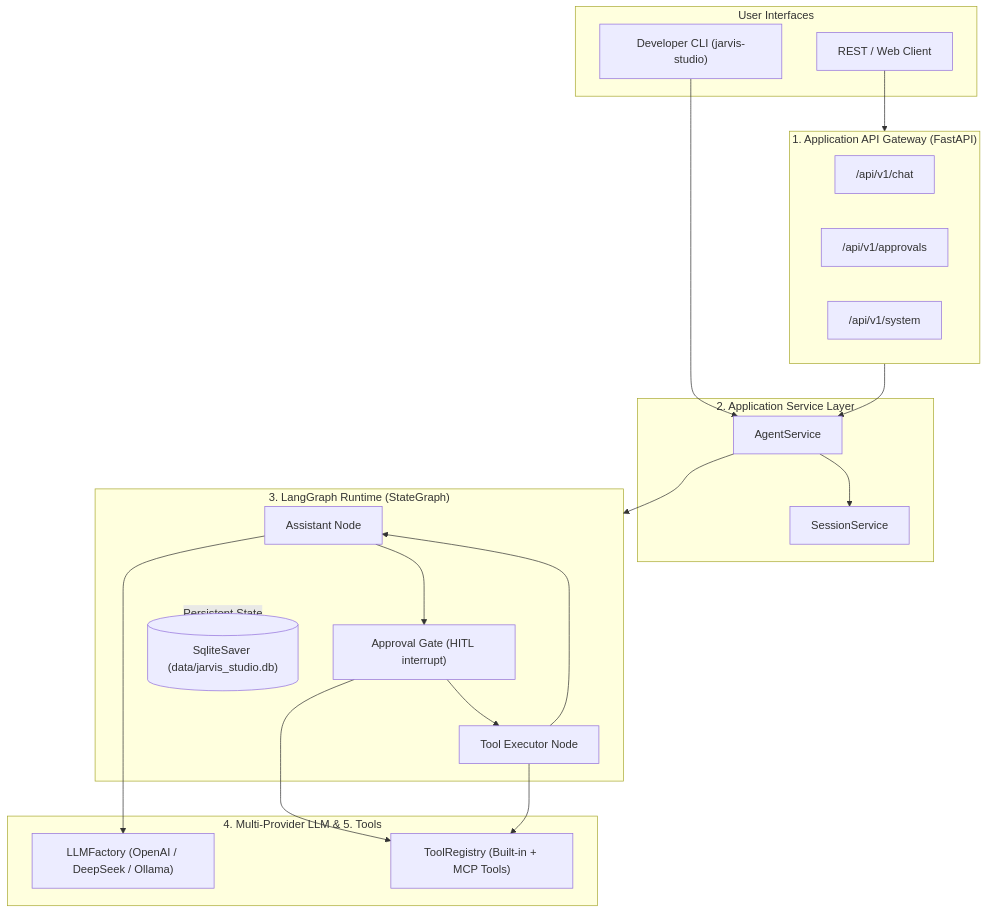
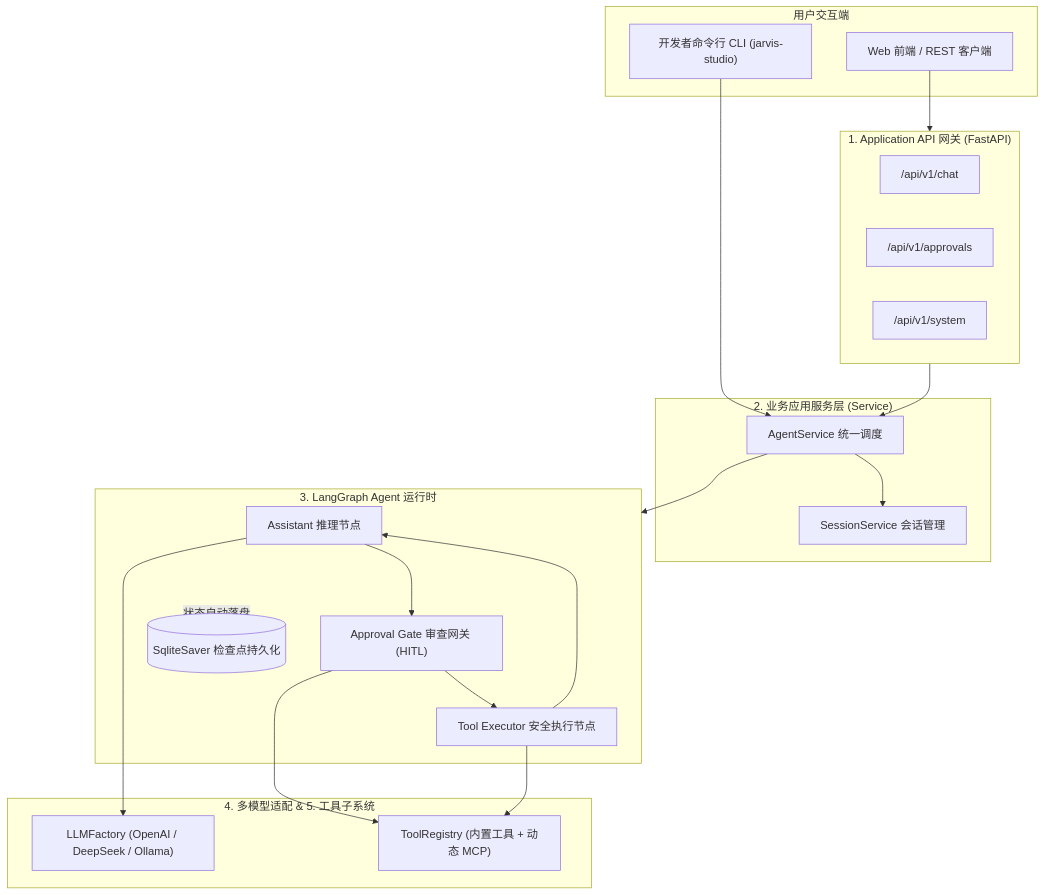
Before and after one commit to theGitForDalibor/JarvisStudio: the diagram in README.md, drawn with Mermaid. The commit also changed other lines of this file and 2 other files, not shown here.

````diff
--- a/README.md
+++ b/README.md
@@ -60,39 +60,39 @@
 ```mermaid
 flowchart TD
-    subgraph UI ["User Interfaces"]
-        CLI["Developer CLI (jarvis-studio)"]
-        CLIENT["REST / Web Client"]
+    subgraph UI ["用户交互端"]
+        CLI["开发者命令行 CLI (jarvis-studio)"]
+        CLIENT["Web 前端 / REST 客户端"]
     end
 
-    subgraph API ["1. Application API Gateway (FastAPI)"]
+    subgraph API ["1. Application API 网关 (FastAPI)"]
         ENDPOINT_CHAT["/api/v1/chat"]
         ENDPOINT_APPR["/api/v1/approvals"]
         ENDPOINT_SYS["/api/v1/system"]
     end
 
-    subgraph SVC ["2. Application Service Layer"]
-        AGENT_SVC["AgentService"]
-        SESS_SVC["SessionService"]
+    subgraph SVC ["2. 业务应用服务层 (Service)"]
+        AGENT_SVC["AgentService 统一调度"]
+        SESS_SVC["SessionService 会话管理"]
     end
 
-    subgraph RUNTIME ["3. LangGraph Runtime (StateGraph)"]
-        ASST["Assistant Node"]
-        GATE["Approval Gate (HITL interrupt)"]
-        EXEC["Tool Executor Node"]
-        CHECKPOINTER[("SqliteSaver (data/jarvis_studio.db)")]
+    subgraph RUNTIME ["3. LangGraph Agent 运行时"]
+        ASST["Assistant 推理节点"]
+        GATE["Approval Gate 审查网关 (HITL)"]
+        EXEC["Tool Executor 安全执行节点"]
+        CHECKPOINTER[("SqliteSaver 检查点持久化")]
     end
 
-    subgraph CORE ["4. Multi-Provider LLM & 5. Tools"]
+    subgraph CORE ["4. 多模型适配 & 5. 工具子系统"]
         LLM["LLMFactory (OpenAI / DeepSeek / Ollama)"]
-        REGISTRY["ToolRegistry (Built-in + MCP Tools)"]
+        REGISTRY["ToolRegistry (内置工具 + 动态 MCP)"]
     end
 
     CLI --> AGENT_SVC
     CLIENT --> API --> AGENT_SVC
     AGENT_SVC --> SESS_SVC
     AGENT_SVC --> RUNTIME
     ASST --> GATE --> EXEC --> ASST
-    RUNTIME -. Persistent State .-> CHECKPOINTER
+    RUNTIME -. 状态自动落盘 .-> CHECKPOINTER
     ASST --> LLM
     GATE & EXEC --> REGISTRY
 ```
````
